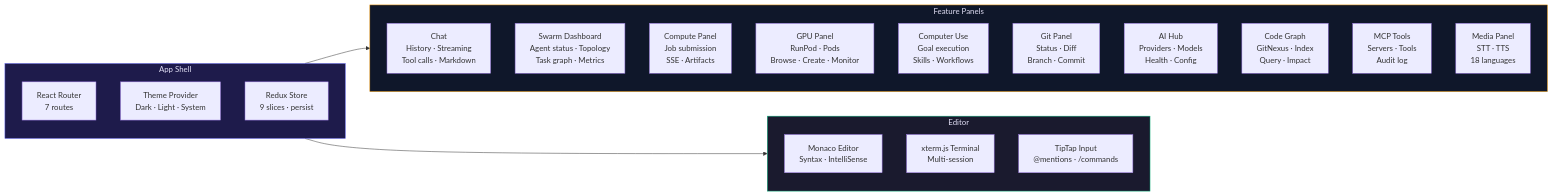
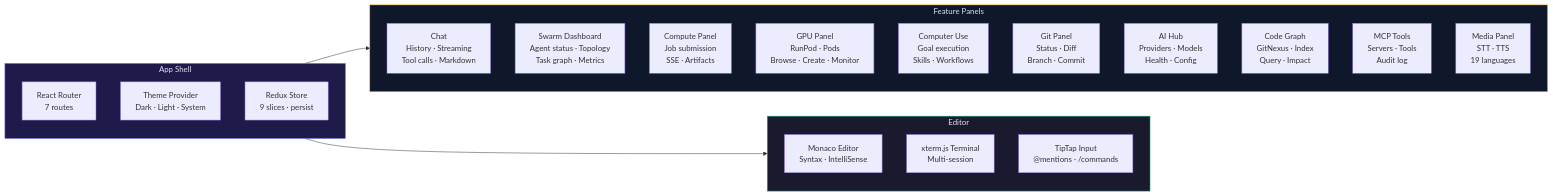
One commit to inbharat-ai/codein.pro changed the third of 5 diagrams in README.md. Above: the diagram before and after it, drawn with Mermaid. The commit also changed other lines of this file and 4 other files, not shown here.

````diff
--- a/README.md
+++ b/README.md
@@ -340,34 +340,34 @@
 ```mermaid
 graph LR
     subgraph App["App Shell"]
         Router["React Router<br/>7 routes"]
         Theme["Theme Provider<br/>Dark · Light · System"]
         Redux["Redux Store<br/>9 slices · persist"]
     end
 
     subgraph Panels["Feature Panels"]
         Chat["Chat<br/>History · Streaming<br/>Tool calls · Markdown"]
         Swarm["Swarm Dashboard<br/>Agent status · Topology<br/>Task graph · Metrics"]
         Compute["Compute Panel<br/>Job submission<br/>SSE · Artifacts"]
         GPU["GPU Panel<br/>RunPod · Pods<br/>Browse · Create · Monitor"]
         Computer["Computer Use<br/>Goal execution<br/>Skills · Workflows"]
         Git["Git Panel<br/>Status · Diff<br/>Branch · Commit"]
         AI["AI Hub<br/>Providers · Models<br/>Health · Config"]
         Graph["Code Graph<br/>GitNexus · Index<br/>Query · Impact"]
         MCP["MCP Tools<br/>Servers · Tools<br/>Audit log"]
-        Voice["Media Panel<br/>STT · TTS<br/>18 languages"]
+        Voice["Media Panel<br/>STT · TTS<br/>19 languages"]
     end
 
     subgraph Editor["Editor"]
         Monaco["Monaco Editor<br/>Syntax · IntelliSense"]
         Terminal["xterm.js Terminal<br/>Multi-session"]
         TipTap["TipTap Input<br/>@mentions · /commands"]
     end
 
     App --> Panels
     App --> Editor
 
     style App fill:#1e1b4b,stroke:#6366f1,color:#e0def4
     style Panels fill:#0f172a,stroke:#f59e0b,color:#e0def4
     style Editor fill:#1a1a2e,stroke:#10b981,color:#e0def4
 ```
````
